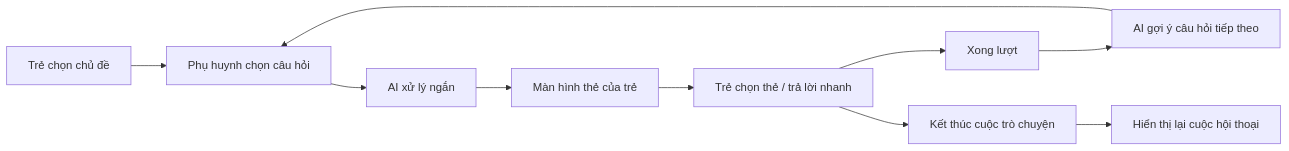
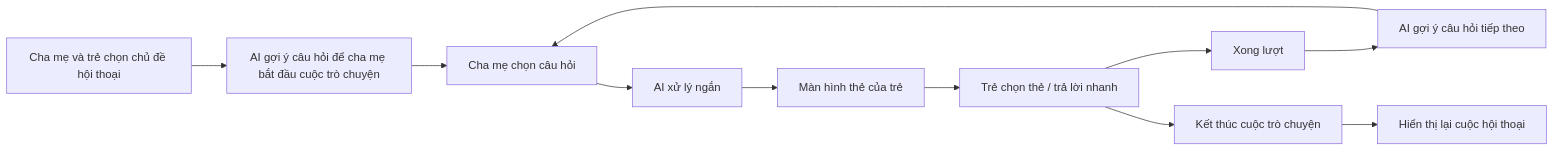
Before and after one commit to khoahockythuat-ngoc-khanh/talktogether-ipad: the diagram in docs/diagrams/luong-hoi-thoai.mmd, drawn with Mermaid. The commit also changed 1 other file, not shown here.

Commit message:
Update conversation flow diagram

```diff
--- a/docs/diagrams/luong-hoi-thoai.mmd
+++ b/docs/diagrams/luong-hoi-thoai.mmd
@@ -1,10 +1,11 @@
 flowchart LR
-  A[Trẻ chọn chủ đề] --> B[Phụ huynh chọn câu hỏi]
+  A[Cha mẹ và trẻ chọn chủ đề hội thoại] --> A1[AI gợi ý câu hỏi để cha mẹ bắt đầu cuộc trò chuyện]
+  A1 --> B[Cha mẹ chọn câu hỏi]
   B --> C[AI xử lý ngắn]
   C --> D[Màn hình thẻ của trẻ]
   D --> E[Trẻ chọn thẻ / trả lời nhanh]
   E --> F[Xong lượt]
   F --> G[AI gợi ý câu hỏi tiếp theo]
   G --> B
   E --> H[Kết thúc cuộc trò chuyện]
   H --> I[Hiển thị lại cuộc hội thoại]
```
